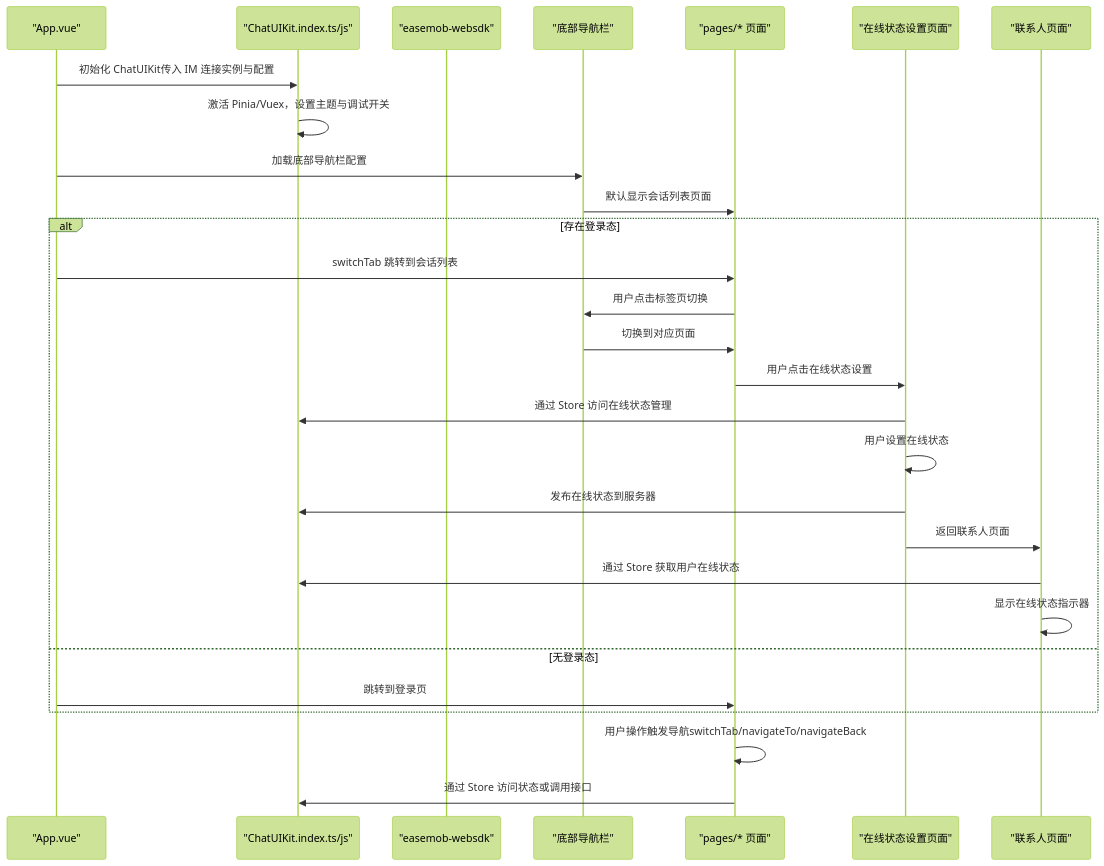
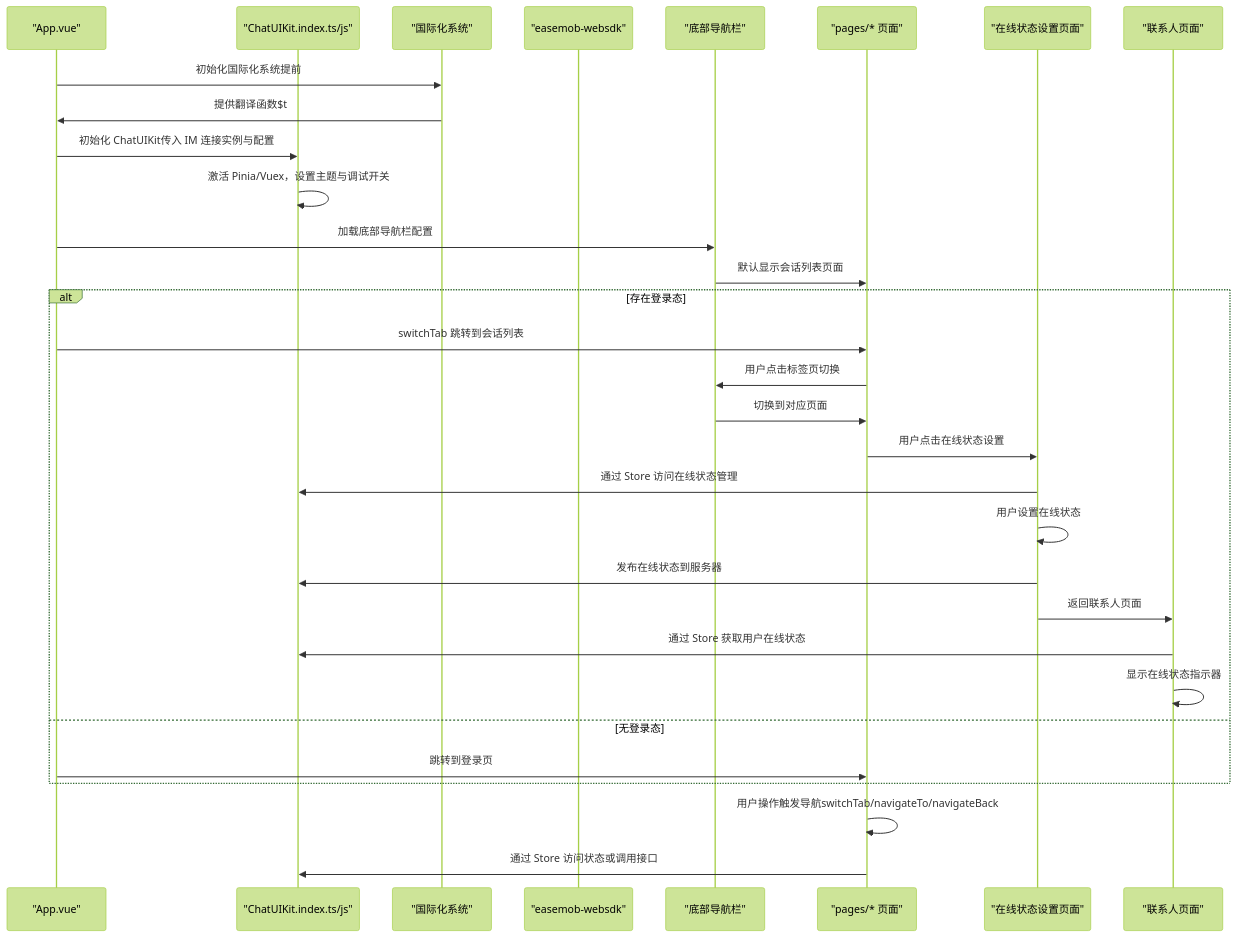
The second of 14 diagrams in .qoder/repowiki/zh/content/示例应用/示例应用.md (Easemob-Community/easemob-uikit-uniapp-community), drawn with Mermaid (forest theme) before and after one commit. The commit also changed other lines of this file and 5 other files, not shown here.

````diff
--- a/.qoder/repowiki/zh/content/示例应用/示例应用.md
+++ b/.qoder/repowiki/zh/content/示例应用/示例应用.md
@@ -212,30 +222,33 @@
 ```mermaid
 sequenceDiagram
 participant App as "App.vue"
 participant Kit as "ChatUIKit.index.ts/js"
+participant I18n as "国际化系统"
 participant SDK as "easemob-websdk"
 participant TabBar as "底部导航栏"
 participant Page as "pages/* 页面"
 participant Presence as "在线状态设置页面"
 participant Contact as "联系人页面"
+App->>I18n : 初始化国际化系统提前
+I18n->>App : 提供翻译函数$t
 App->>Kit : 初始化 ChatUIKit传入 IM 连接实例与配置
 Kit->>Kit : 激活 Pinia/Vuex，设置主题与调试开关
 App->>TabBar : 加载底部导航栏配置
 TabBar->>Page : 默认显示会话列表页面
 alt 存在登录态
 App->>Page : switchTab 跳转到会话列表
 Page->>TabBar : 用户点击标签页切换
 TabBar->>Page : 切换到对应页面
 Page->>Presence : 用户点击在线状态设置
 Presence->>Kit : 通过 Store 访问在线状态管理
 Presence->>Presence : 用户设置在线状态
 Presence->>Kit : 发布在线状态到服务器
 Presence->>Contact : 返回联系人页面
 Contact->>Kit : 通过 Store 获取用户在线状态
 Contact->>Contact : 显示在线状态指示器
 else 无登录态
 App->>Page : 跳转到登录页
 end
 Page->>Page : 用户操作触发导航switchTab/navigateTo/navigateBack
 Page->>Kit : 通过 Store 访问状态或调用接口
 ```
````
